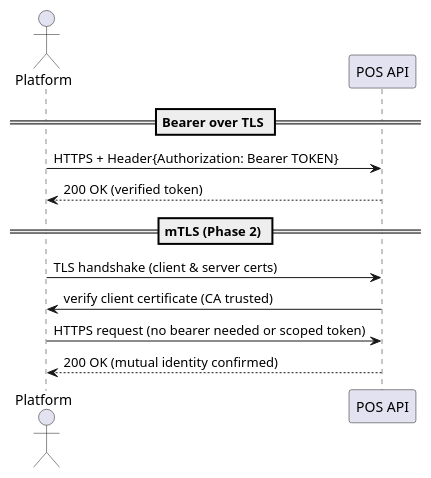
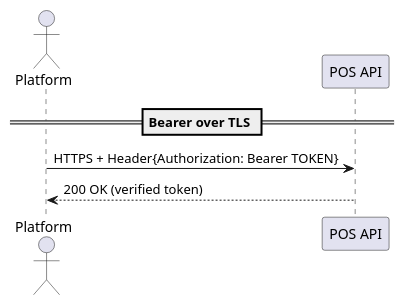
The third of 4 diagrams in docs/TDD.md (thundermac-hub/sims-io), drawn with PlantUML before and after one commit. The commit also changed other lines of this file and 127 other files, not shown here.

Commit message:
feat(platform): add merchant success workflows, ClickUp integration, and CSAT/supportform flows

````diff
--- a/docs/TDD.md
+++ b/docs/TDD.md
@@ -954,16 +944,11 @@
 ```plantuml
 @startuml
 actor Platform
 participant "POS API" as POS
 
 == Bearer over TLS ==
 Platform -> POS : HTTPS + Header{Authorization: Bearer TOKEN}
 POS --> Platform : 200 OK (verified token)
 
-== mTLS (Phase 2) ==
-Platform -> POS : TLS handshake (client & server certs)
-POS -> Platform : verify client certificate (CA trusted)
-Platform -> POS : HTTPS request (no bearer needed or scoped token)
-POS --> Platform : 200 OK (mutual identity confirmed)
 @enduml
 ```
````
